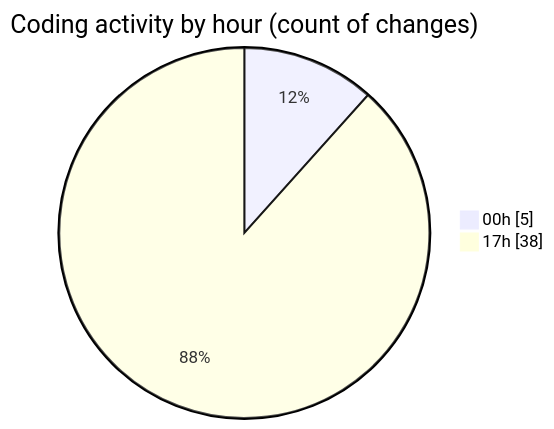
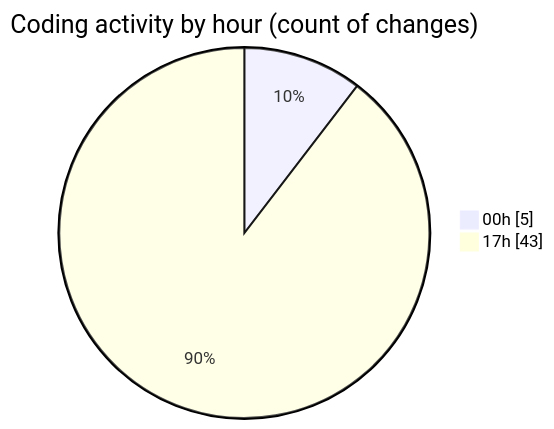
Before and after one commit to hasnaa123/code-tracking: the second of 2 diagrams in 2026-04-12/chatserver/README.md, drawn with Mermaid. The commit also changed other lines of this file and 1 other file, not shown here.

````diff
--- a/2026-04-12/chatserver/README.md
+++ b/2026-04-12/chatserver/README.md
@@ -31,6 +32,6 @@
 ```mermaid
 pie showData
 title Coding activity by hour (count of changes)
 "00h" : 5
-"17h" : 38
+"17h" : 43
 ```
````
